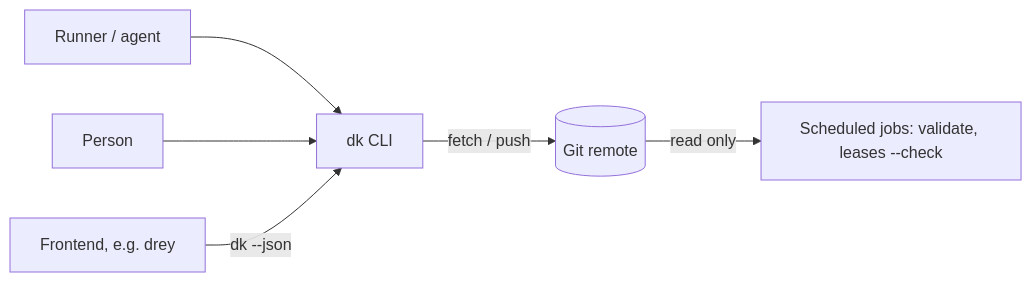
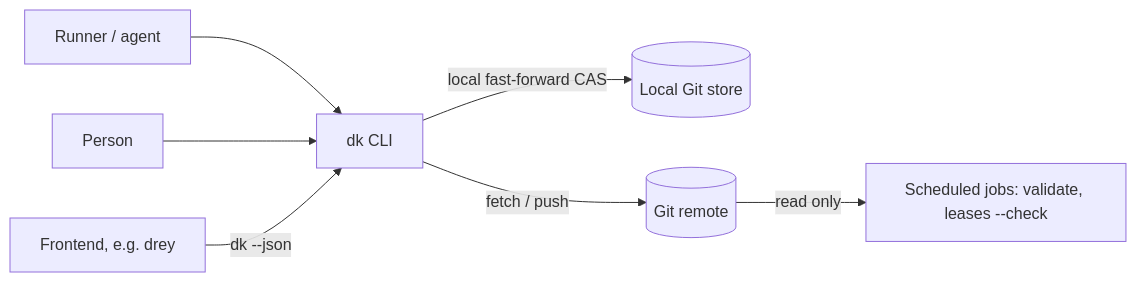
Before and after one commit to HenrikPuls/dricket: the first of 4 diagrams in docs/architecture.md, drawn with Mermaid. The commit also changed other lines of this file and 56 other files, not shown here.

First line of the commit message:
release: v0.5.0 — local CAS, git-like CLI, agent skill (#22)

````diff
--- a/docs/architecture.md
+++ b/docs/architecture.md
@@ -36,8 +37,9 @@
 ```mermaid
 flowchart LR
   Runner[Runner / agent] --> DK[dk CLI]
   Person[Person] --> DK
   Frontend[Frontend, e.g. drey] -->|dk --json| DK
+  DK -->|local fast-forward CAS| Local[(Local Git store)]
   DK -->|fetch / push| Remote[(Git remote)]
   Remote -->|read only| Jobs[Scheduled jobs: validate, leases --check]
 ```
````
